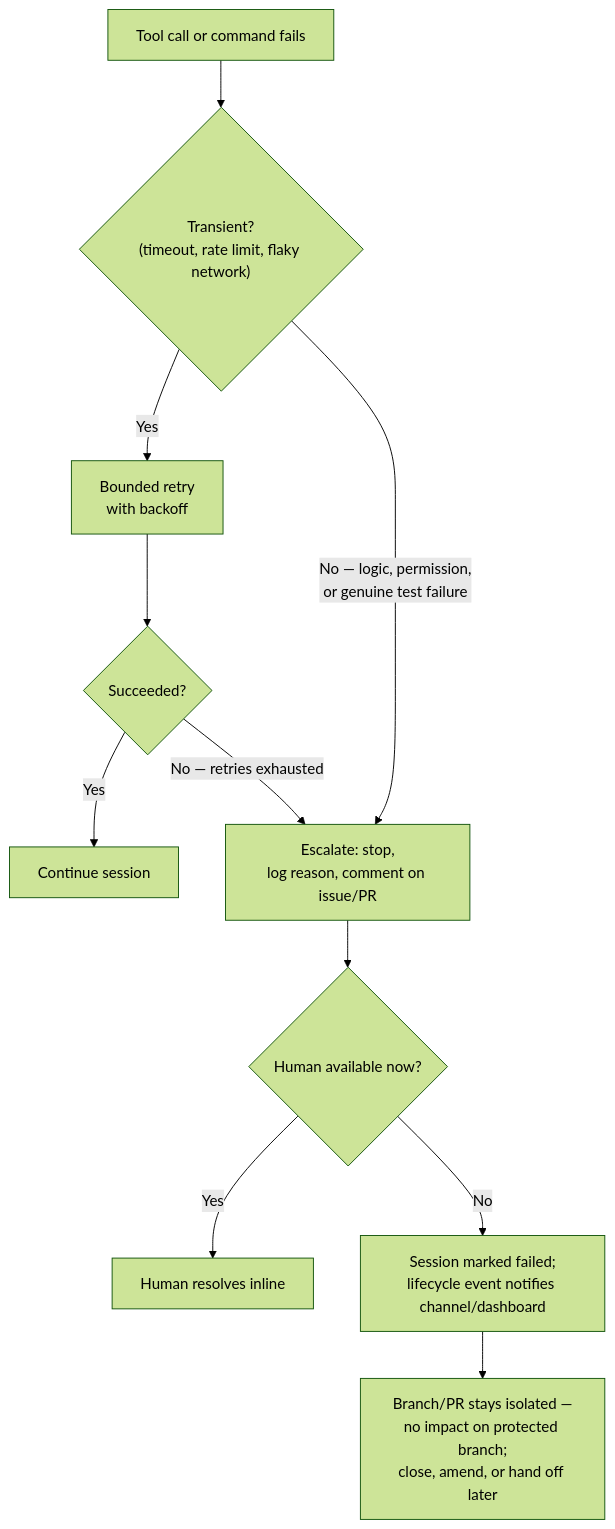
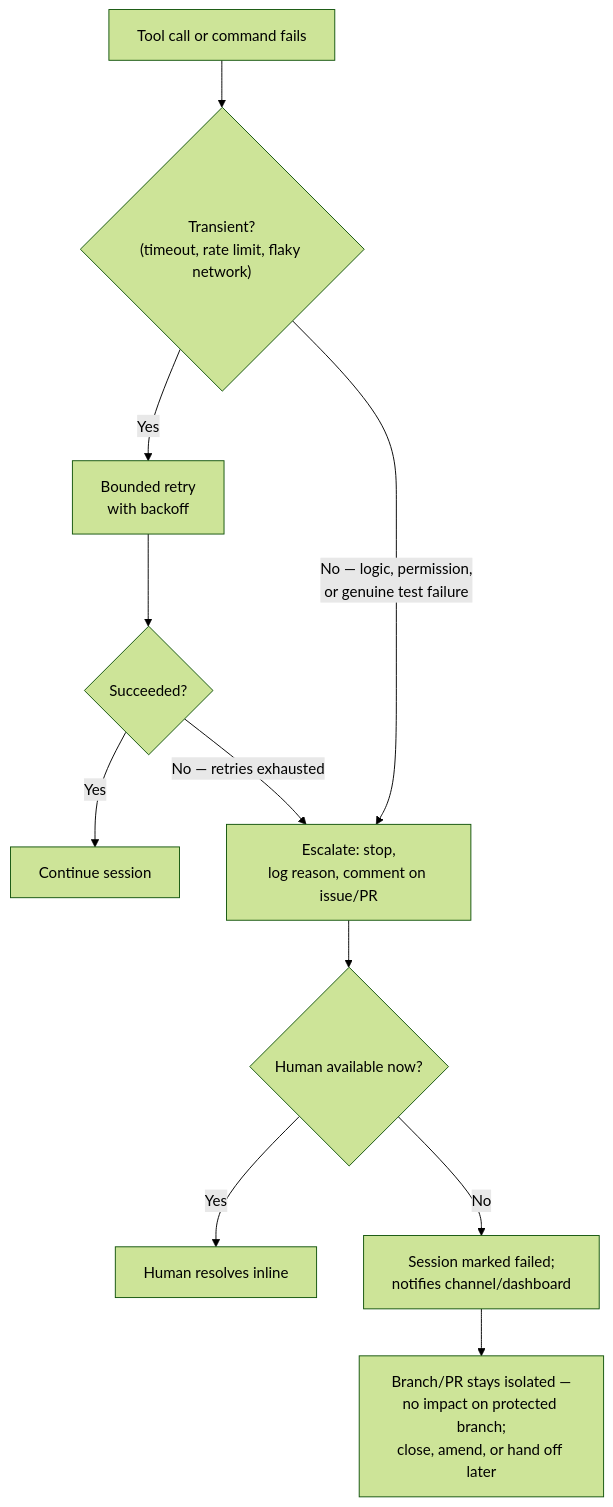
One commit to ajeetchouksey/ajch_skillup changed the second of 2 diagrams in content/skillup/gh600/notes/gh600-d2-implement-tool-use-and-environment-interaction.md. Above: the diagram before and after it, drawn with Mermaid (forest theme). The commit also changed other lines of this file and 6 other files, not shown here.

First line of the commit message:
fix(gh600): diagram-craft QA pass — fix violations, add captions to all 11 diagrams

````diff
--- a/content/skillup/gh600/notes/gh600-d2-implement-tool-use-and-environment-interaction.md
+++ b/content/skillup/gh600/notes/gh600-d2-implement-tool-use-and-environment-interaction.md
@@ -226,13 +227,13 @@
 ```mermaid
 flowchart TD
     Fail["Tool call or command fails"] --> Retryable{"Transient?<br/>(timeout, rate limit, flaky network)"}
     Retryable -->|"Yes"| Retry["Bounded retry<br/>with backoff"]
     Retry --> Success{"Succeeded?"}
     Success -->|"Yes"| Continue["Continue session"]
     Success -->|"No — retries exhausted"| Escalate
     Retryable -->|"No — logic, permission,<br/>or genuine test failure"| Escalate["Escalate: stop,<br/>log reason, comment on issue/PR"]
     Escalate --> HumanNow{"Human available now?"}
     HumanNow -->|"Yes"| Live["Human resolves inline"]
-    HumanNow -->|"No"| Async["Session marked failed;<br/>lifecycle event notifies channel/dashboard"]
+    HumanNow -->|"No"| Async["Session marked failed;<br/>notifies channel/dashboard"]
     Async --> Rollback["Branch/PR stays isolated —<br/>no impact on protected branch;<br/>close, amend, or hand off later"]
 ```
````
